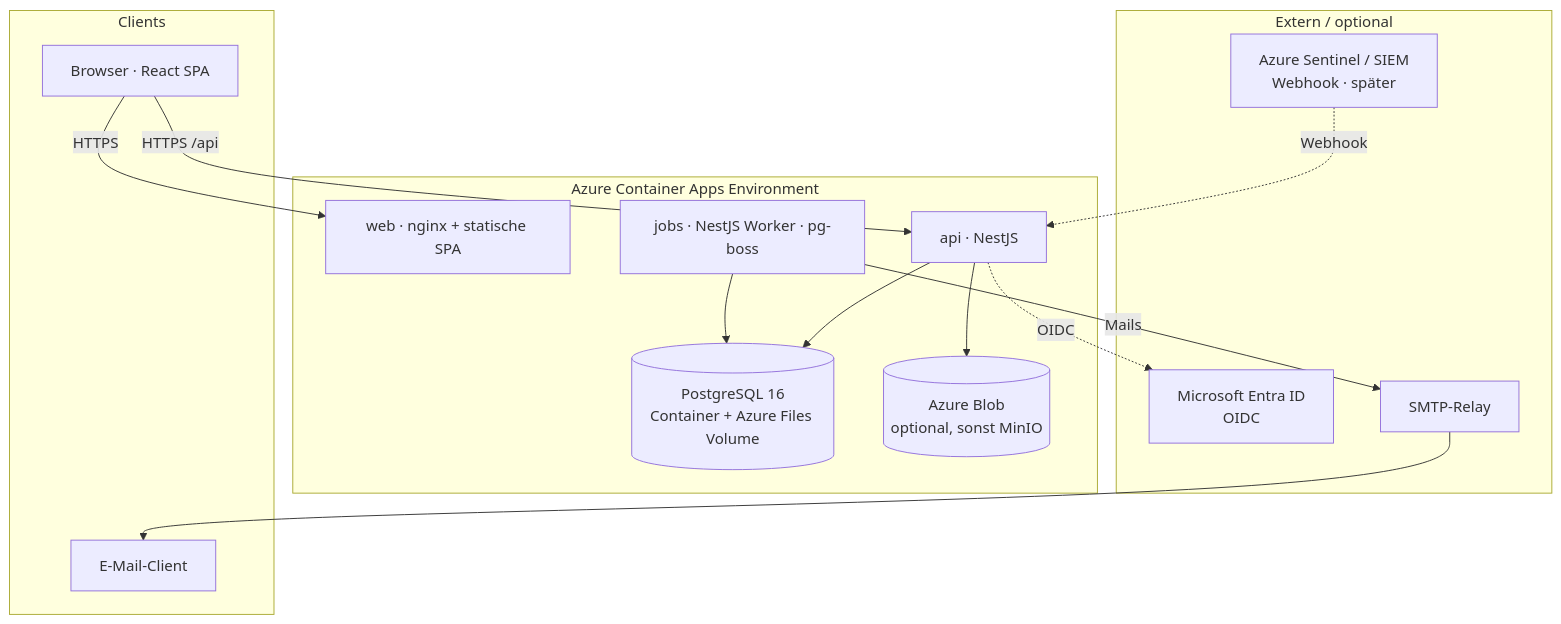
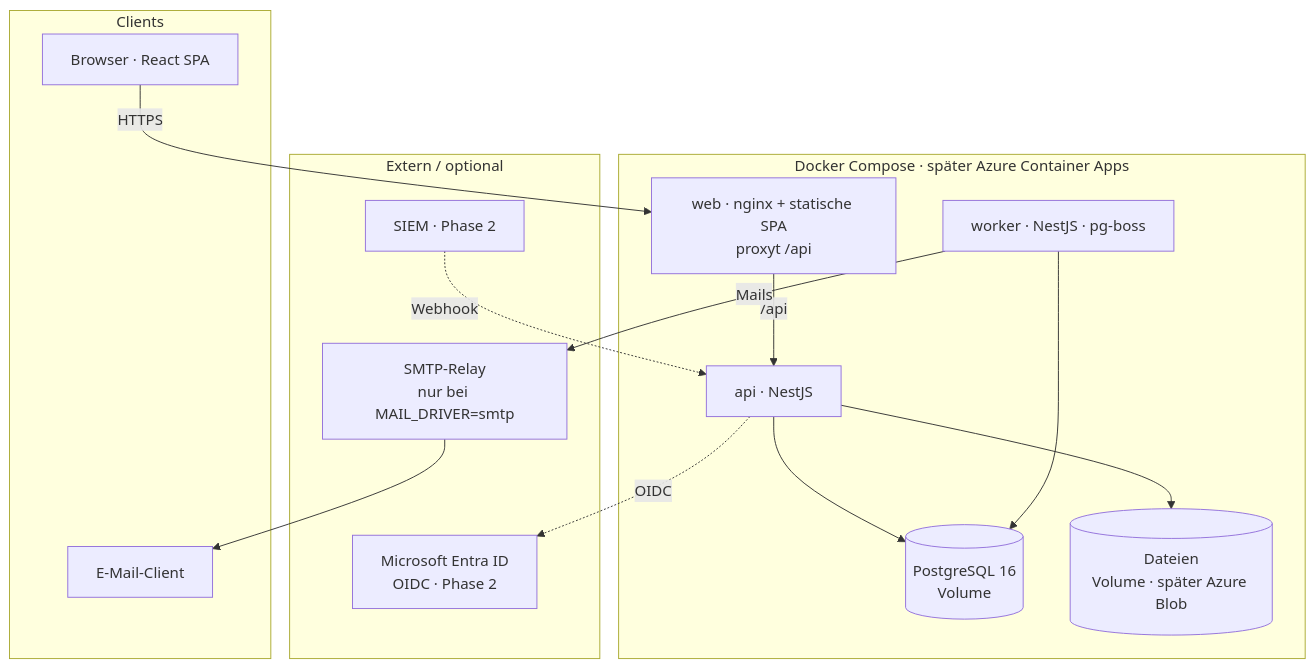
Before and after one commit to Kico-bot/ISMS_SaaS: the first of 3 diagrams in docs/architecture/02-backend-architektur.md, drawn with Mermaid. The commit also changed other lines of this file and 8 other files, not shown here.

First line of the commit message:
Docs: bring architecture and guides up to the current state; track open checks

````diff
--- a/docs/architecture/02-backend-architektur.md
+++ b/docs/architecture/02-backend-architektur.md
@@ -26,28 +28,28 @@
 ```mermaid
 flowchart TB
   subgraph Clients
     B[Browser · React SPA]
     M[E-Mail-Client]
   end
-  subgraph Azure["Azure Container Apps Environment"]
-    WEB[web · nginx + statische SPA]
+  subgraph Host["Docker Compose · später Azure Container Apps"]
+    WEB[web · nginx + statische SPA<br/>proxyt /api]
     API[api · NestJS]
-    JOBS[jobs · NestJS Worker · pg-boss]
-    PG[(PostgreSQL 16<br/>Container + Azure Files Volume)]
-    BLOB[(Azure Blob<br/>optional, sonst MinIO)]
+    JOBS[worker · NestJS · pg-boss]
+    PG[(PostgreSQL 16<br/>Volume)]
+    FILES[(Dateien<br/>Volume · später Azure Blob)]
   end
   subgraph Extern["Extern / optional"]
-    ENTRA[Microsoft Entra ID<br/>OIDC]
-    SMTP[SMTP-Relay]
-    SIEM[Azure Sentinel / SIEM<br/>Webhook · später]
+    ENTRA[Microsoft Entra ID<br/>OIDC · Phase 2]
+    SMTP[SMTP-Relay<br/>nur bei MAIL_DRIVER=smtp]
+    SIEM[SIEM · Phase 2]
   end
 
   B -->|HTTPS| WEB
-  B -->|HTTPS /api| API
+  WEB -->|/api| API
   API --> PG
   JOBS --> PG
-  API --> BLOB
+  API --> FILES
   API -.OIDC.-> ENTRA
   JOBS -->|Mails| SMTP --> M
   SIEM -.Webhook.-> API
 ```
````
